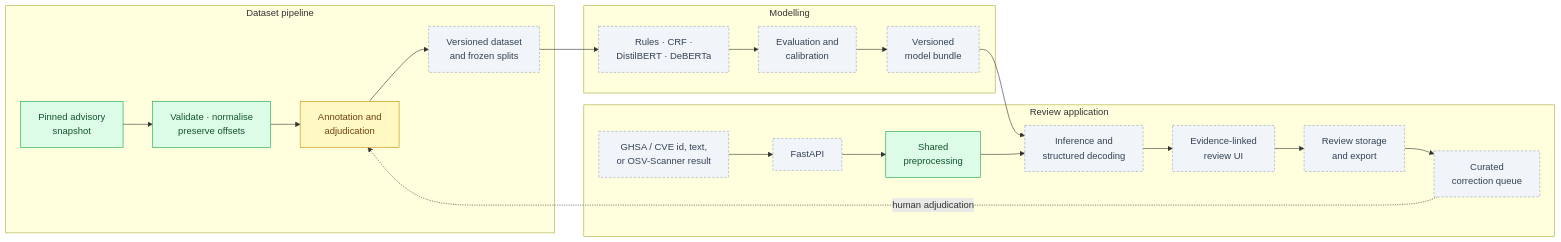
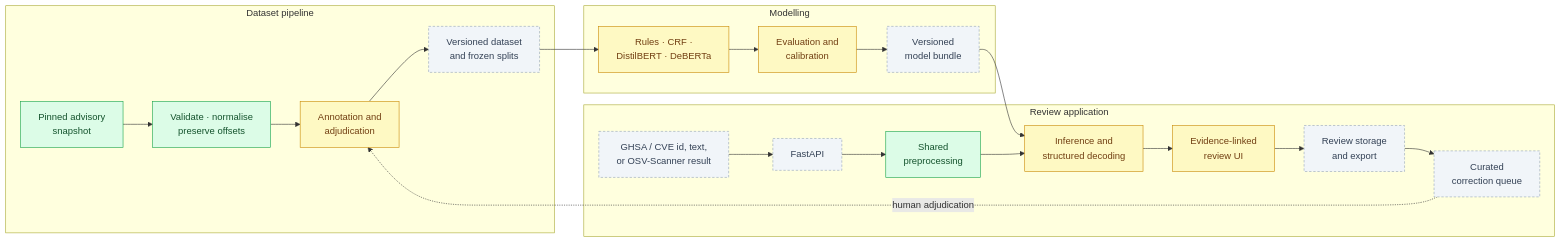
One commit to professor3333/TriggerMap changed the diagram in README.md. Above: the diagram before and after it, drawn with Mermaid. The commit also changed other lines of this file and 8 other files, not shown here.

````diff
--- a/README.md
+++ b/README.md
@@ -31,30 +32,30 @@
 ```mermaid
 flowchart LR
     subgraph Data["Dataset pipeline"]
         A[Pinned advisory<br>snapshot] --> B[Validate · normalise<br>preserve offsets]
         B --> C[Annotation and<br>adjudication]
         C --> D[Versioned dataset<br>and frozen splits]
     end
     subgraph Models["Modelling"]
         D --> E[Rules · CRF ·<br>DistilBERT · DeBERTa]
         E --> F[Evaluation and<br>calibration]
         F --> G[Versioned<br>model bundle]
     end
     subgraph Serving["Review application"]
         H[GHSA / CVE id, text,<br>or OSV-Scanner result] --> I[FastAPI]
         I --> J[Shared<br>preprocessing]
         J --> K[Inference and<br>structured decoding]
         G --> K
         K --> L[Evidence-linked<br>review UI]
         L --> M[Review storage<br>and export]
         M --> N[Curated<br>correction queue]
     end
     N -. human adjudication .-> C
 
     classDef done fill:#dcfce7,stroke:#16a34a,color:#14532d
     classDef progress fill:#fef9c3,stroke:#ca8a04,color:#713f12
     classDef planned fill:#f1f5f9,stroke:#94a3b8,color:#334155,stroke-dasharray:4 3
     class A,B,J done
-    class C progress
-    class D,E,F,G,H,I,K,L,M,N planned
+    class C,E,F,K,L progress
+    class D,G,H,I,M,N planned
 ```
````
